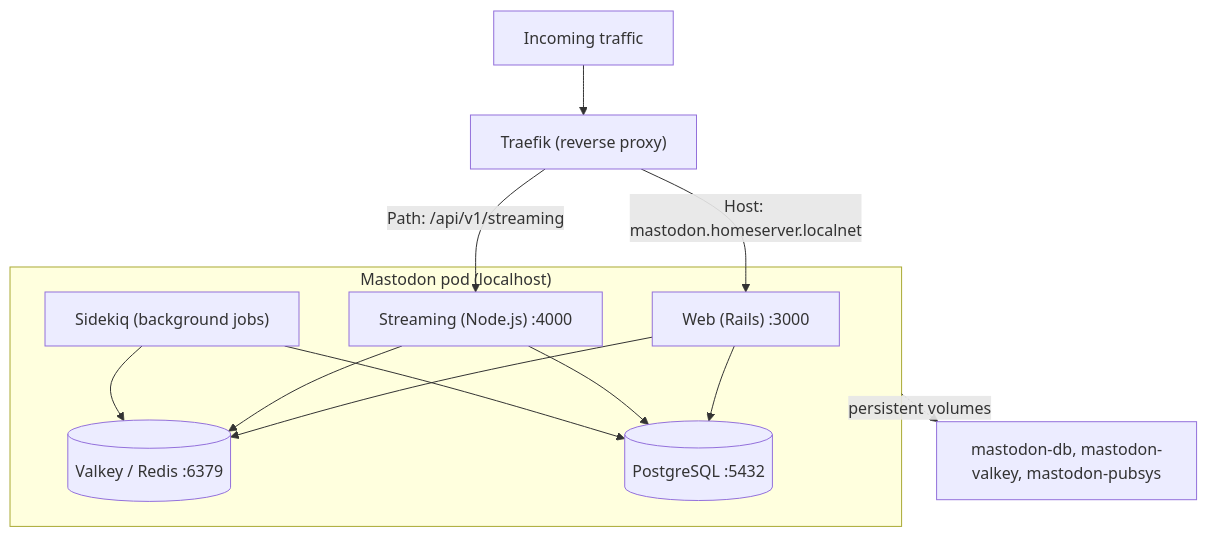
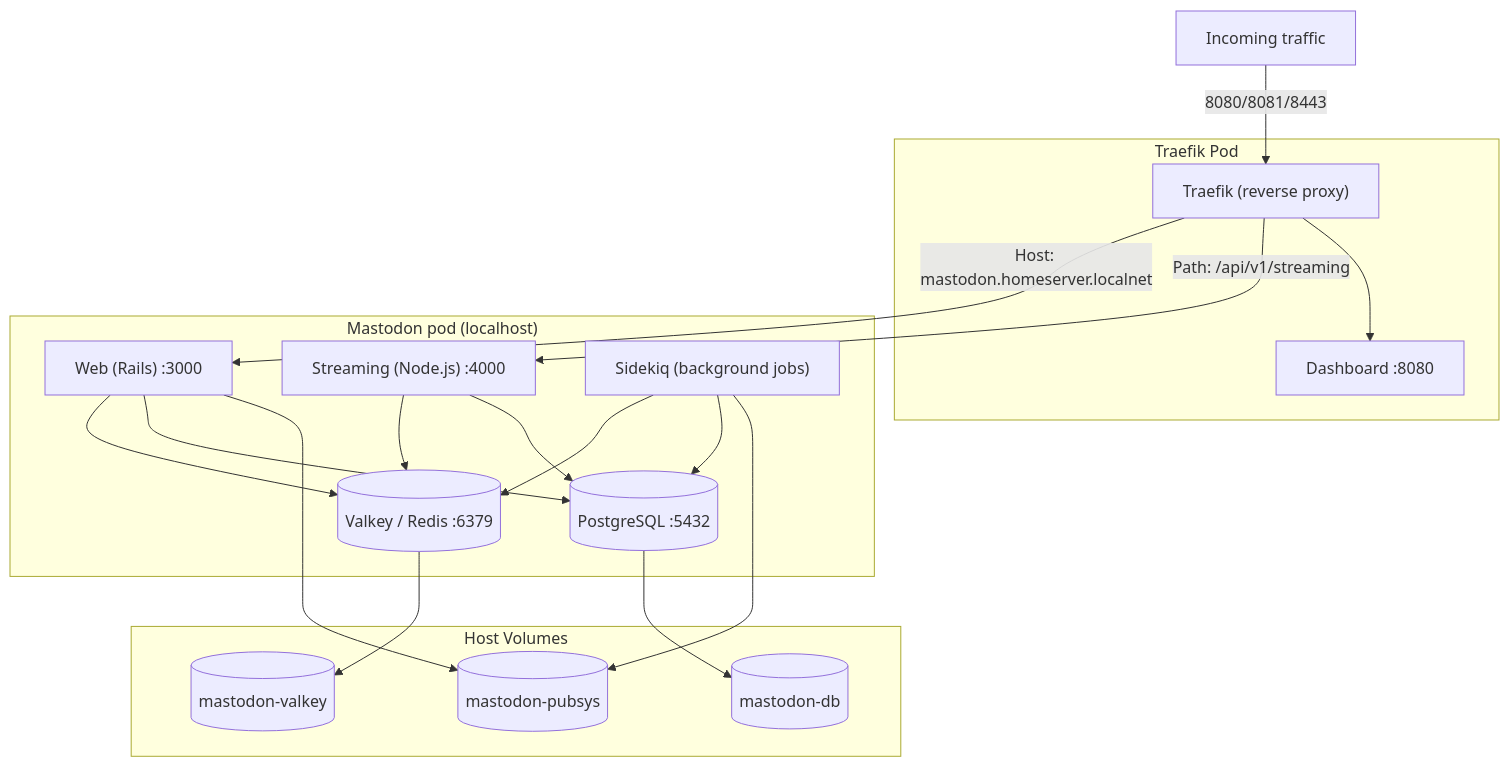
Before and after one commit to mementomori-social/help.mementomori.social: the diagram in content/docs/try-birdui-containers/podman.mdx, drawn with Mermaid.

Commit message:
Enhance diagram

````diff
--- a/content/docs/try-birdui-containers/podman.mdx
+++ b/content/docs/try-birdui-containers/podman.mdx
@@ -21,23 +21,38 @@
 ```mermaid
 flowchart TD
-  Incoming["Incoming traffic"] --> Traefik["Traefik (reverse proxy)"]
+  Incoming["Incoming traffic"] --> |"8080/8081/8443"| Traefik
   Traefik -->|"Host: mastodon.homeserver.localnet"| Web
   Traefik -->|"Path: /api/v1/streaming"| Streaming
+  Traefik --> tDashboard
+
+  subgraph tPod["Traefik Pod"]
+    Traefik["Traefik (reverse proxy)"]
+    tDashboard["Dashboard :8080"]
+  end
 
   subgraph Pod["Mastodon pod (localhost)"]
     Web["Web (Rails) :3000"]
     Streaming["Streaming (Node.js) :4000"]
     Valkey[("Valkey / Redis :6379")]
     Postgres[("PostgreSQL :5432")]
     Sidekiq["Sidekiq (background jobs)"]
 
     Web --> Valkey
     Web --> Postgres
     Streaming --> Valkey
     Streaming --> Postgres
     Sidekiq --> Valkey
     Sidekiq --> Postgres
   end
 
-  Pod -.->|"persistent volumes"| Volumes["mastodon-db, mastodon-valkey, mastodon-pubsys"]
+  subgraph vols["Host Volumes"]
+    pvcDB[("mastodon-db")]
+    pvcPS[("mastodon-pubsys")]
+    pvcVK[("mastodon-valkey")]
+  end
+
+  Valkey --> pvcVK
+  Sidekiq --> pvcPS
+  Web --> pvcPS
+  Postgres --> pvcDB
 ```
````
